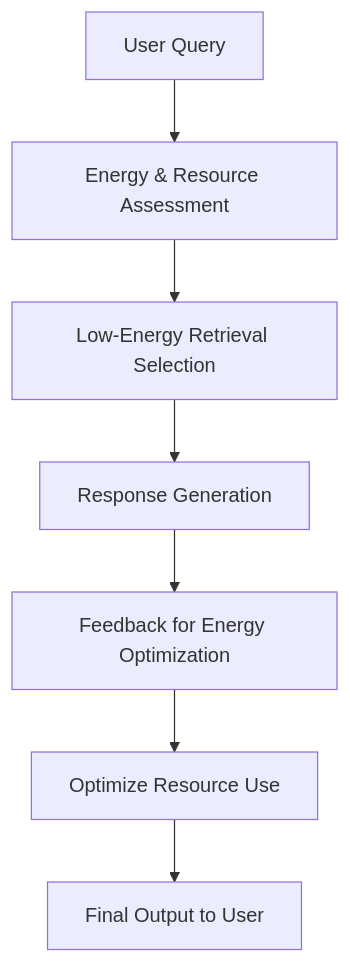
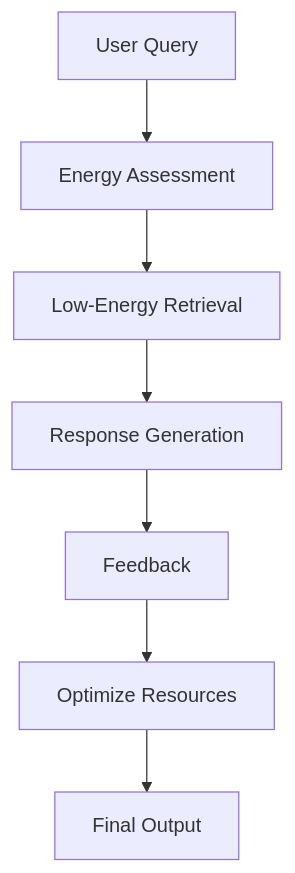
One commit to Dinuk-Di/RAG-Architectures changed diagram 15 of 25 in Readme.md. Above: the diagram before and after it, drawn with Mermaid. The commit also changed other lines of this file, not shown here.

````diff
--- a/Readme.md
+++ b/Readme.md
@@ -267,9 +295,9 @@
 ```mermaid
 flowchart TD
-    A[User Query] --> B[Energy & Resource Assessment]
-    B --> C[Low-Energy Retrieval Selection]
+    A[User Query] --> B[Energy Assessment]
+    B --> C[Low-Energy Retrieval]
     C --> D[Response Generation]
-    D --> E[Feedback for Energy Optimization]
-    E --> F[Optimize Resource Use]
-    F --> G[Final Output to User]
+    D --> E[Feedback]
+    E --> F[Optimize Resources]
+    F --> G[Final Output]
 ```
````
